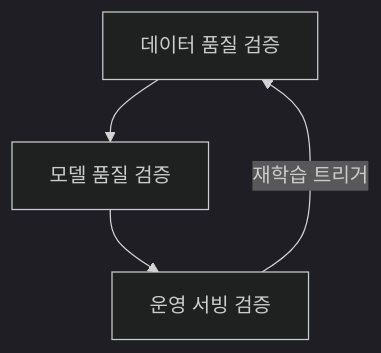
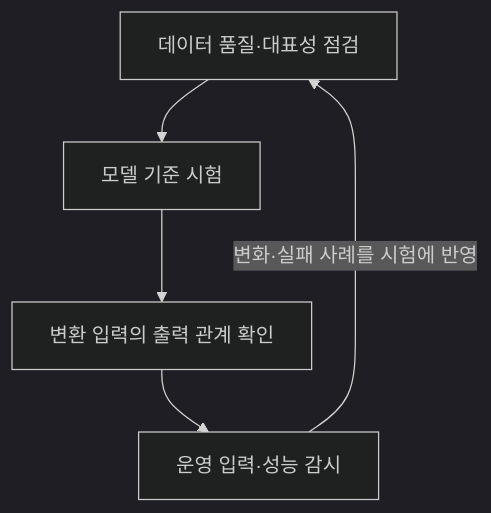
Before and after one commit to agnusdei1207/study: the diagram in src/content/docs/notes/itpe/02-software-engineering/093_ai_sw_quality_assurance_testing.md, drawn with Mermaid (dark theme). The commit also changed other lines of this file and 31 other files, not shown here.

````diff
--- a/src/content/docs/notes/itpe/02-software-engineering/093_ai_sw_quality_assurance_testing.md
+++ b/src/content/docs/notes/itpe/02-software-engineering/093_ai_sw_quality_assurance_testing.md
@@ -65,5 +90,7 @@
 ```mermaid
-flowchart TB
-    D["데이터 품질 검증"] --> M["모델 품질 검증"] --> S["운영 서빙 검증"]
-    S -->|재학습 트리거| D
+flowchart TD
+    D["데이터 품질·대표성 점검"] --> M["모델 기준 시험"]
+    M --> R["변환 입력의 출력 관계 확인"]
+    R --> O["운영 입력·성능 감시"]
+    O -->|변화·실패 사례를 시험에 반영| D
 ```
````
